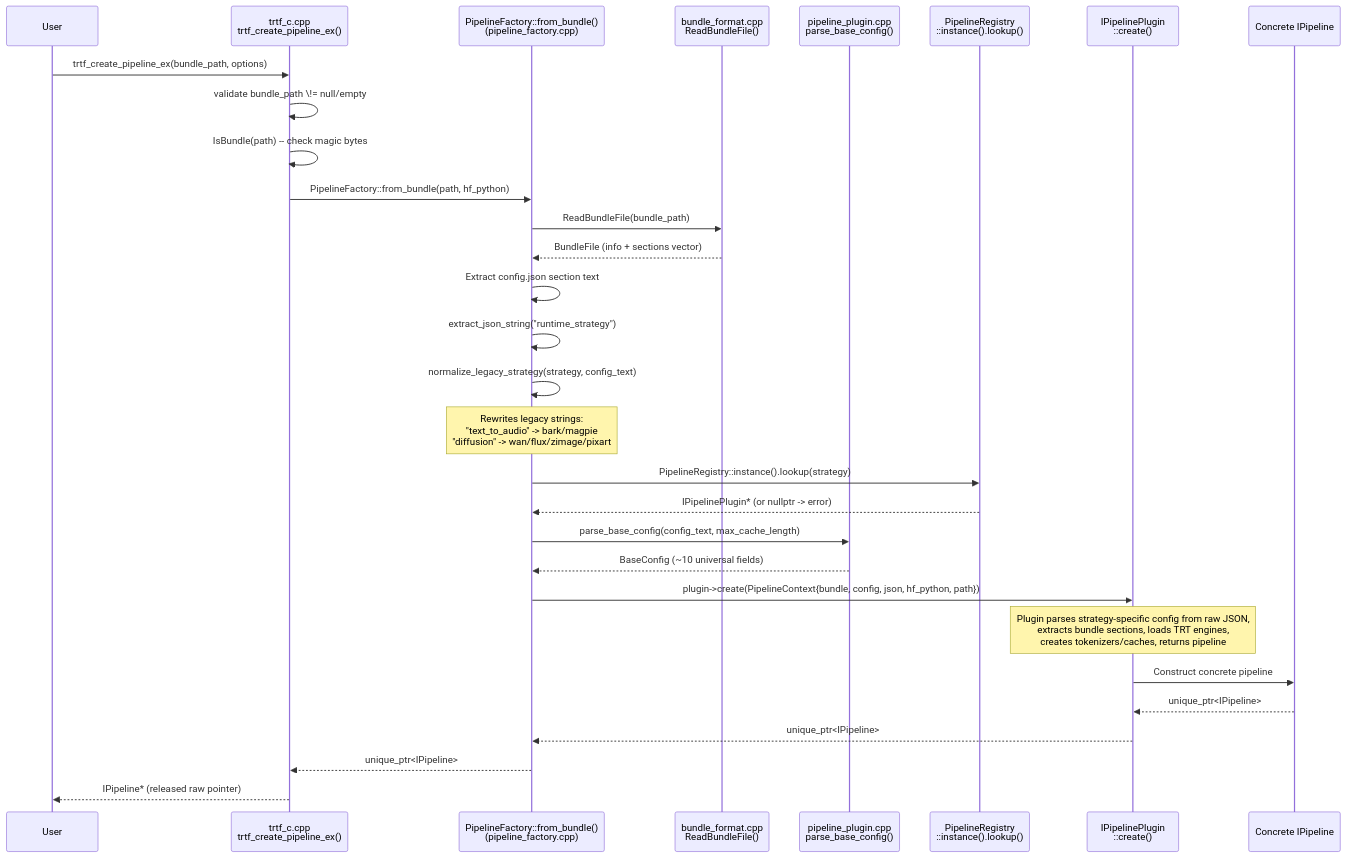
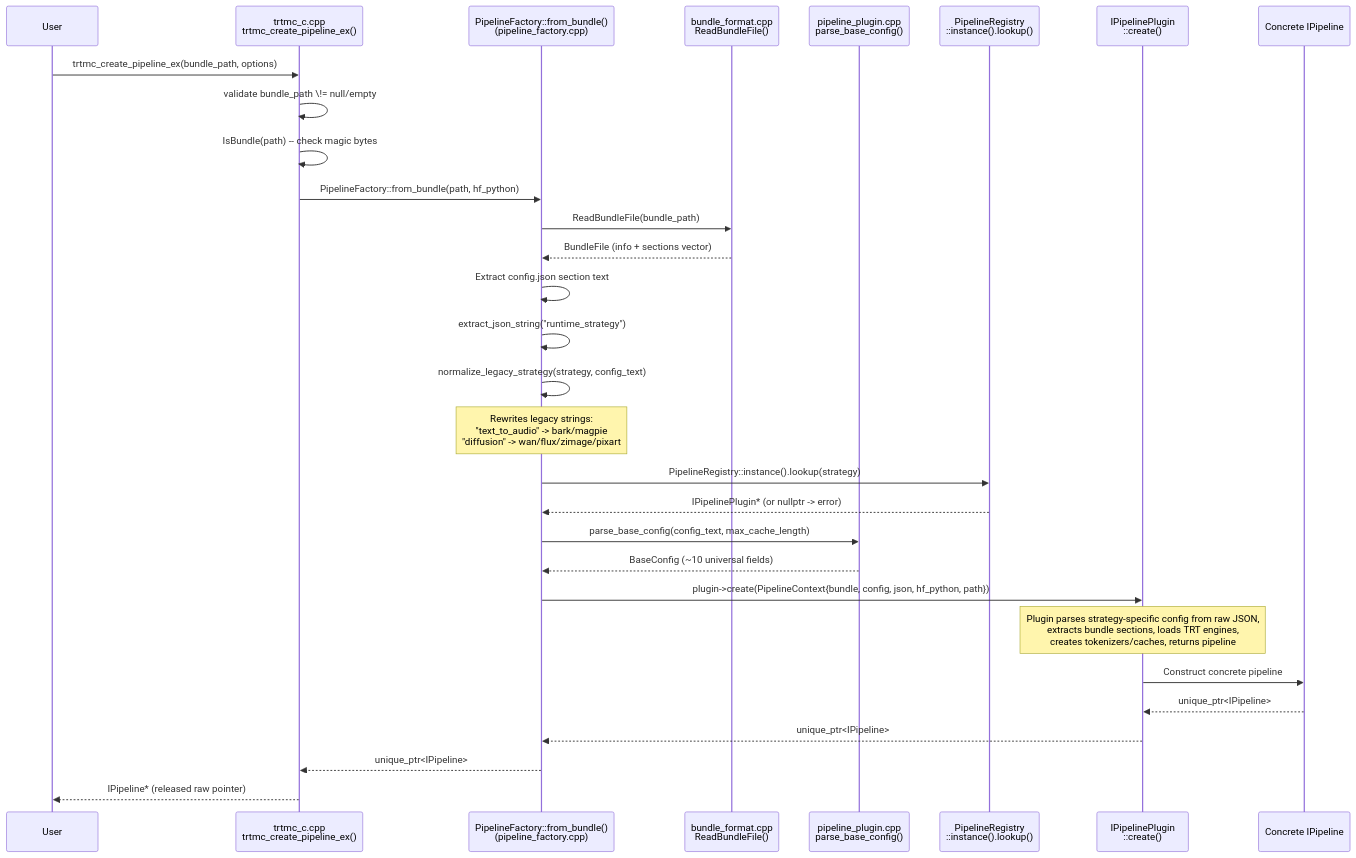
One commit to AbishekCoder1/TensorRT-Model-Connect changed the second of 8 diagrams in docs/wiki/Dynamic-Design.md. Above: the diagram before and after it, drawn with Mermaid. The commit also changed other lines of this file and 943 other files, not shown here.

````diff
--- a/docs/wiki/Dynamic-Design.md
+++ b/docs/wiki/Dynamic-Design.md
@@ -90,33 +90,33 @@
 ```mermaid
 sequenceDiagram
     participant User
-    participant CABI as trtf_c.cpp<br/>trtf_create_pipeline_ex()
+    participant CABI as trtmc_c.cpp<br/>trtmc_create_pipeline_ex()
     participant Factory as PipelineFactory::from_bundle()<br/>(pipeline_factory.cpp)
     participant Bundle as bundle_format.cpp<br/>ReadBundleFile()
     participant Config as pipeline_plugin.cpp<br/>parse_base_config()
     participant Registry as PipelineRegistry<br/>::instance().lookup()
     participant Plugin as IPipelinePlugin<br/>::create()
     participant Pipeline as Concrete IPipeline
 
-    User->>CABI: trtf_create_pipeline_ex(bundle_path, options)
+    User->>CABI: trtmc_create_pipeline_ex(bundle_path, options)
     CABI->>CABI: validate bundle_path \!= null/empty
     CABI->>CABI: IsBundle(path) -- check magic bytes
     CABI->>Factory: PipelineFactory::from_bundle(path, hf_python)
     Factory->>Bundle: ReadBundleFile(bundle_path)
     Bundle-->>Factory: BundleFile (info + sections vector)
     Factory->>Factory: Extract config.json section text
     Factory->>Factory: extract_json_string("runtime_strategy")
     Factory->>Factory: normalize_legacy_strategy(strategy, config_text)
     Note over Factory: Rewrites legacy strings:<br/>"text_to_audio" -> bark/magpie<br/>"diffusion" -> wan/flux/zimage/pixart
     Factory->>Registry: PipelineRegistry::instance().lookup(strategy)
     Registry-->>Factory: IPipelinePlugin* (or nullptr -> error)
     Factory->>Config: parse_base_config(config_text, max_cache_length)
     Config-->>Factory: BaseConfig (~10 universal fields)
     Factory->>Plugin: plugin->create(PipelineContext{bundle, config, json, hf_python, path})
     Note over Plugin: Plugin parses strategy-specific config from raw JSON,<br/>extracts bundle sections, loads TRT engines,<br/>creates tokenizers/caches, returns pipeline
     Plugin->>Pipeline: Construct concrete pipeline
     Pipeline-->>Plugin: unique_ptr<IPipeline>
     Plugin-->>Factory: unique_ptr<IPipeline>
     Factory-->>CABI: unique_ptr<IPipeline>
     CABI-->>User: IPipeline* (released raw pointer)
 ```
````
